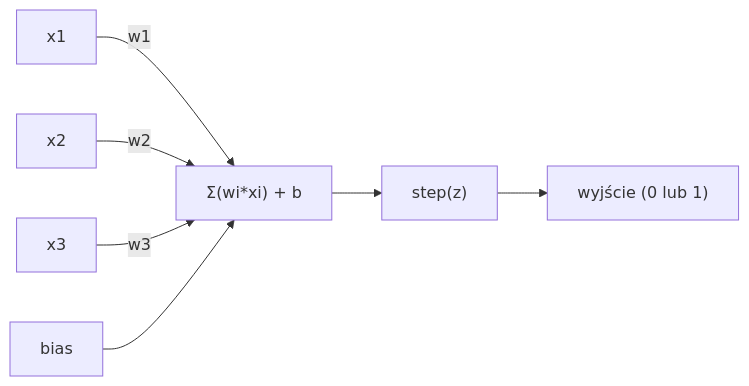
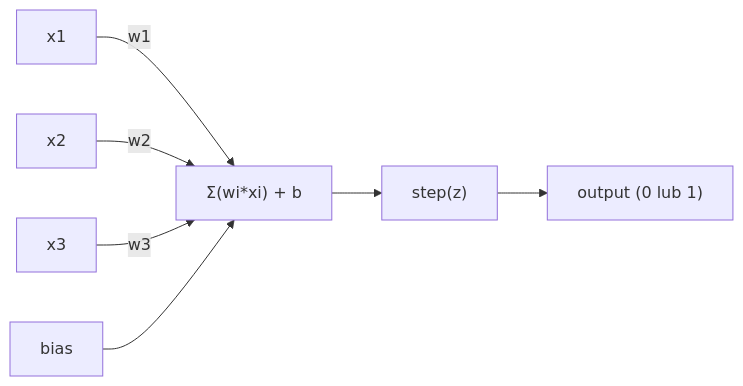
One commit to tarze07/LLM_Traning changed the first of 2 diagrams in phases/03-deep-learning-core/01-the-perceptron/docs/pl.md. Above: the diagram before and after it, drawn with Mermaid. The commit also changed other lines of this file, not shown here.

````diff
--- a/phases/03-deep-learning-core/01-the-perceptron/docs/pl.md
+++ b/phases/03-deep-learning-core/01-the-perceptron/docs/pl.md
@@ -31,9 +31,9 @@
 ```mermaid
 graph LR
     x1["x1"] -- "w1" --> sum["Σ(wi*xi) + b"]
     x2["x2"] -- "w2" --> sum
     x3["x3"] -- "w3" --> sum
     bias["bias"] --> sum
     sum --> step["step(z)"]
-    step --> out["wyjście (0 lub 1)"]
+    step --> out["output (0 lub 1)"]
 ```
````
